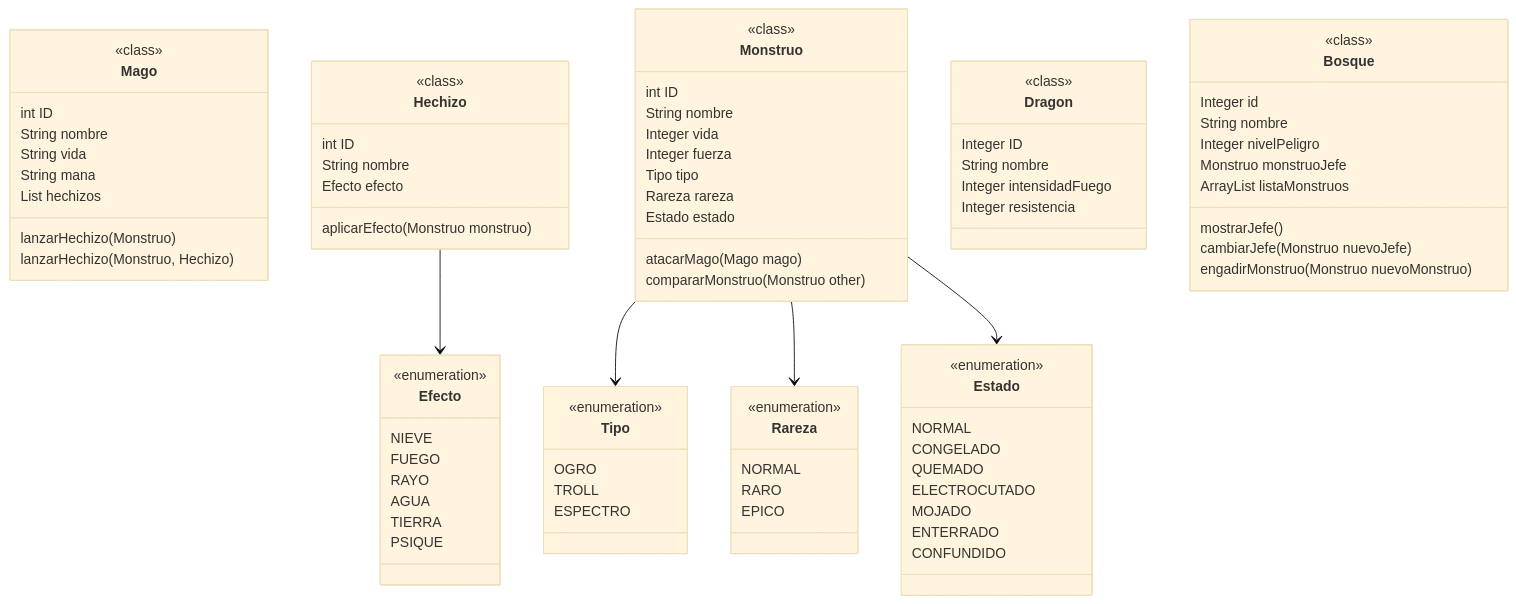
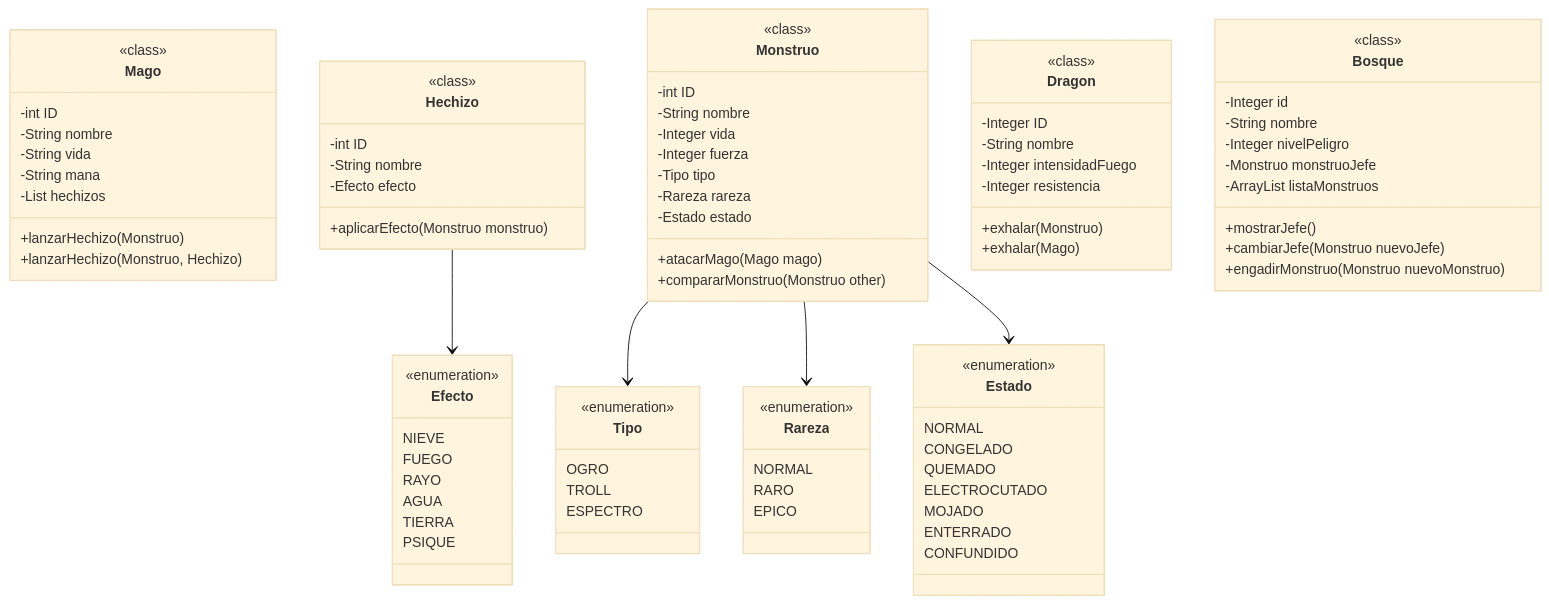
One commit to Manuel-SanClemente/Dragolandia---Extendido changed the first of 2 diagrams in README.md. Above: the diagram before and after it, drawn with Mermaid (base theme). The commit also changed other lines of this file, not shown here.

Commit message:
18/12/ 10:45

```diff
--- a/README.md
+++ b/README.md
@@ -28,50 +28,52 @@
 classDiagram
     class Mago{
         <<class>>
-        int ID
-        String nombre
-        String vida
-        String mana
-        List<Hechizo> hechizos
-        lanzarHechizo(Monstruo)
-        lanzarHechizo(Monstruo, Hechizo)
+        -int ID
+        -String nombre
+        -String vida
+        -String mana
+        -List<Hechizo> hechizos
+        +lanzarHechizo(Monstruo)
+        +lanzarHechizo(Monstruo, Hechizo)
     }
     class Hechizo {
         <<class>>
-        int ID
-        String nombre
-        Efecto efecto
-        aplicarEfecto(Monstruo monstruo)
+        -int ID
+        -String nombre
+        -Efecto efecto
+        +aplicarEfecto(Monstruo monstruo)
     }
     class Monstruo{
         <<class>>
-        int ID
-        String nombre
-        Integer vida
-        Integer fuerza
-        Tipo tipo
-        Rareza rareza
-        Estado estado
-        atacarMago(Mago mago)
-        compararMonstruo(Monstruo other)
+        -int ID
+        -String nombre
+        -Integer vida
+        -Integer fuerza
+        -Tipo tipo
+        -Rareza rareza
+        -Estado estado
+        +atacarMago(Mago mago)
+        +compararMonstruo(Monstruo other)
     }
     class Dragon{
         <<class>>
-        Integer ID
-        String nombre
-        Integer intensidadFuego
-        Integer resistencia
+        -Integer ID
+        -String nombre
+        -Integer intensidadFuego
+        -Integer resistencia
+        +exhalar(Monstruo)
+        +exhalar(Mago)
     }
     class Bosque{
         <<class>>
-        Integer id
-        String nombre
-        Integer nivelPeligro
-        Monstruo monstruoJefe
-        ArrayList<Monstruo> listaMonstruos
-        mostrarJefe()
-        cambiarJefe(Monstruo nuevoJefe)
-        engadirMonstruo(Monstruo nuevoMonstruo)
+        -Integer id
+        -String nombre
+        -Integer nivelPeligro
+        -Monstruo monstruoJefe
+        -ArrayList<Monstruo> listaMonstruos
+        +mostrarJefe()
+        +cambiarJefe(Monstruo nuevoJefe)
+        +engadirMonstruo(Monstruo nuevoMonstruo)
     }
     class Tipo{
         <<enumeration>>
```
